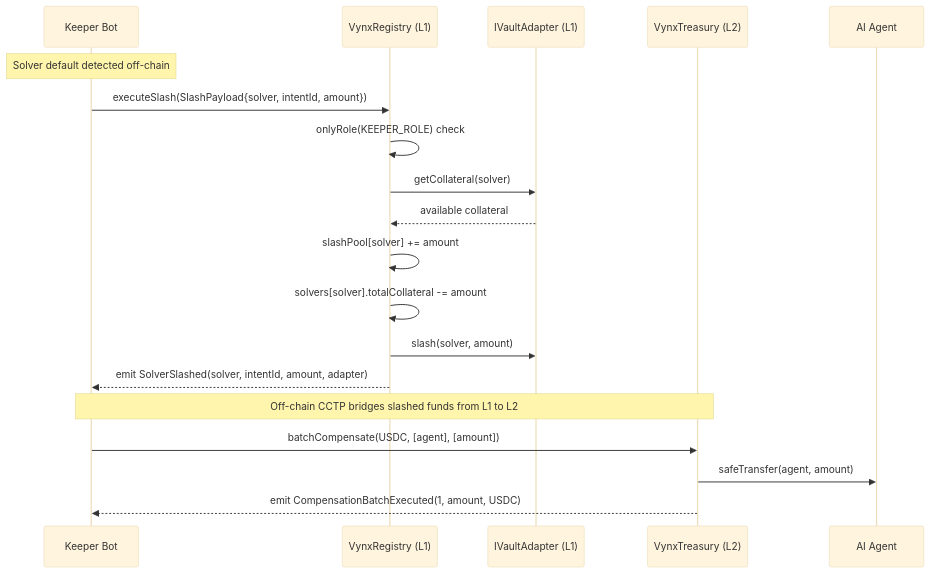
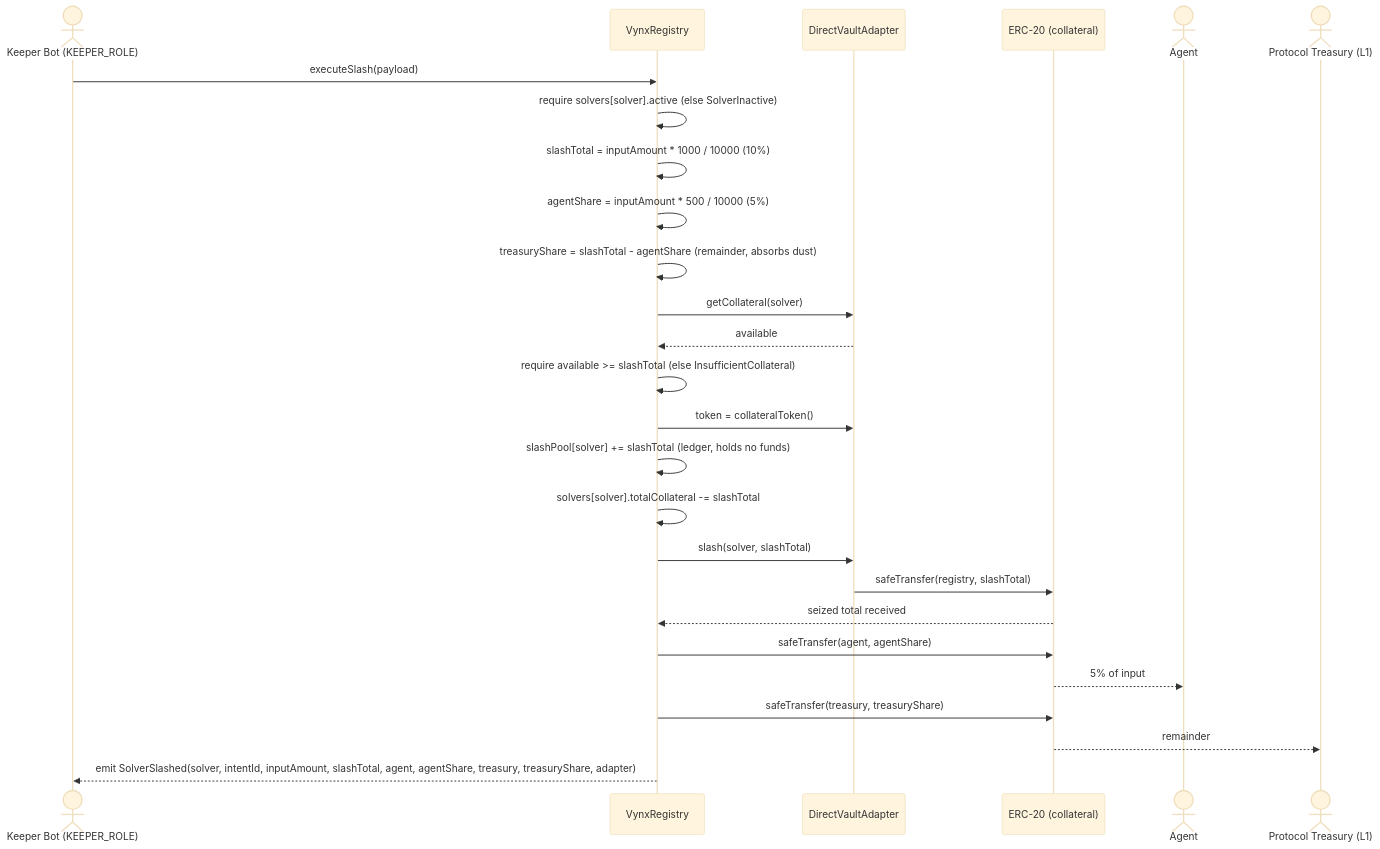
One commit to vynx-network/vynx-website changed the sixth of 6 diagrams in docs/settlement/flows.md. Above: the diagram before and after it, drawn with Mermaid (base theme). The commit also changed other lines of this file and 30 other files, not shown here.

````diff
--- a/docs/settlement/flows.md
+++ b/docs/settlement/flows.md
@@ -199,25 +147,29 @@
 ```mermaid
 sequenceDiagram
-    participant Keeper as Keeper Bot
-    participant Registry as VynxRegistry (L1)
-    participant Adapter as IVaultAdapter (L1)
-    participant Treasury as VynxTreasury (L2)
-    participant Agent as AI Agent
+    actor Keeper as Keeper Bot (KEEPER_ROLE)
+    participant Registry as VynxRegistry
+    participant Adapter as DirectVaultAdapter
+    participant Token as ERC-20 (collateral)
+    actor Agent
+    actor Treasury as Protocol Treasury (L1)
 
-    Note over Keeper: Solver default detected off-chain
-
-    Keeper->>Registry: executeSlash(SlashPayload{solver, intentId, amount})
-    Registry->>Registry: onlyRole(KEEPER_ROLE) check
+    Keeper->>Registry: executeSlash(payload)
+    Registry->>Registry: require solvers[solver].active (else SolverInactive)
+    Registry->>Registry: slashTotal = inputAmount * 1000 / 10000  (10%)
+    Registry->>Registry: agentShare = inputAmount * 500 / 10000   (5%)
+    Registry->>Registry: treasuryShare = slashTotal - agentShare  (remainder, absorbs dust)
     Registry->>Adapter: getCollateral(solver)
-    Adapter-->>Registry: available collateral
-    Registry->>Registry: slashPool[solver] += amount
-    Registry->>Registry: solvers[solver].totalCollateral -= amount
-    Registry->>Adapter: slash(solver, amount)
-    Registry-->>Keeper: emit SolverSlashed(solver, intentId, amount, adapter)
-
-    Note over Keeper,Treasury: Off-chain CCTP bridges slashed funds from L1 to L2
-
-    Keeper->>Treasury: batchCompensate(USDC, [agent], [amount])
-    Treasury->>Agent: safeTransfer(agent, amount)
-    Treasury-->>Keeper: emit CompensationBatchExecuted(1, amount, USDC)
+    Adapter-->>Registry: available
+    Registry->>Registry: require available >= slashTotal (else InsufficientCollateral)
+    Registry->>Adapter: token = collateralToken()
+    Registry->>Registry: slashPool[solver] += slashTotal (ledger, holds no funds)
+    Registry->>Registry: solvers[solver].totalCollateral -= slashTotal
+    Registry->>Adapter: slash(solver, slashTotal)
+    Adapter->>Token: safeTransfer(registry, slashTotal)
+    Token-->>Registry: seized total received
+    Registry->>Token: safeTransfer(agent, agentShare)
+    Token-->>Agent: 5% of input
+    Registry->>Token: safeTransfer(treasury, treasuryShare)
+    Token-->>Treasury: remainder
+    Registry-->>Keeper: emit SolverSlashed(solver, intentId, inputAmount, slashTotal, agent, agentShare, treasury, treasuryShare, adapter)
 ```
````
